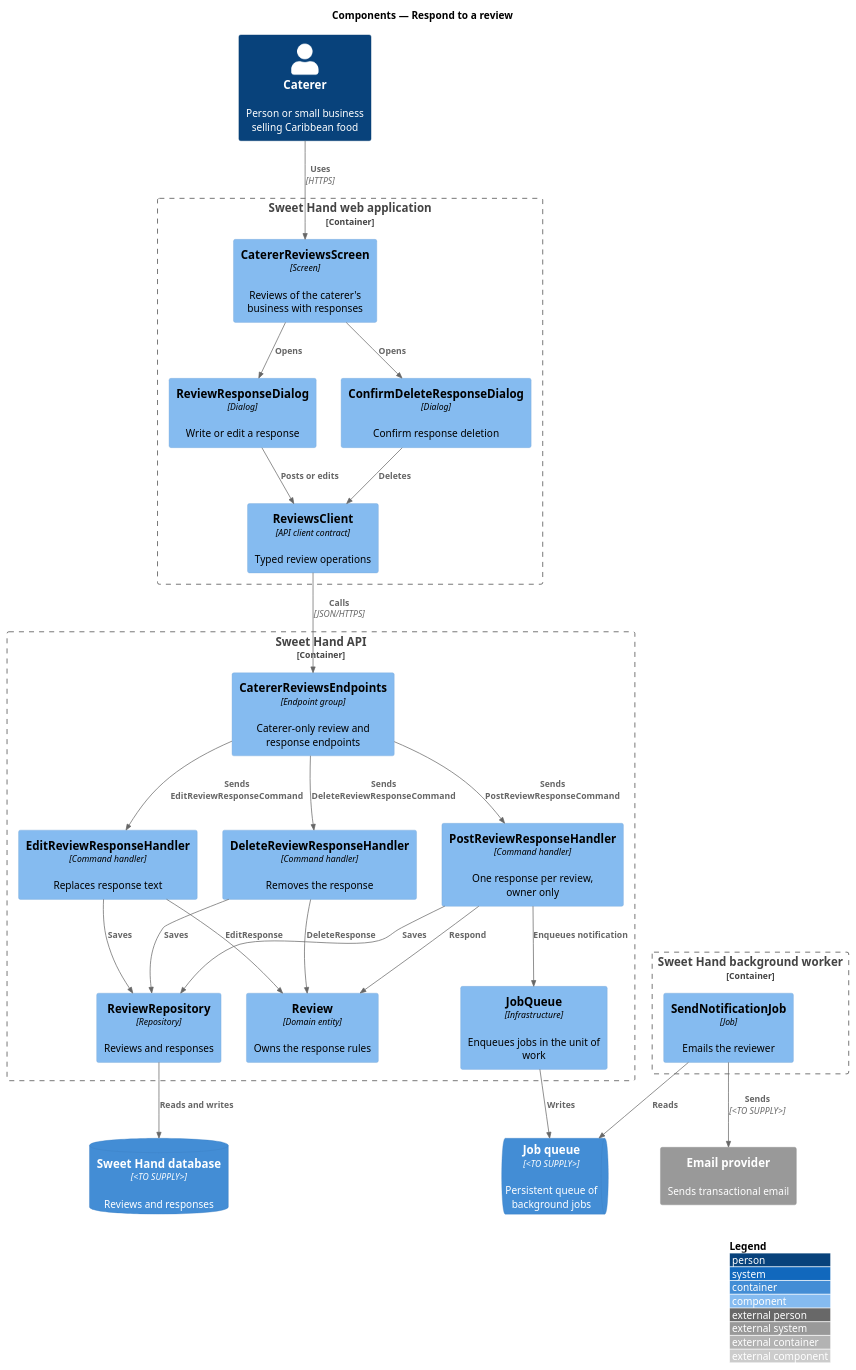
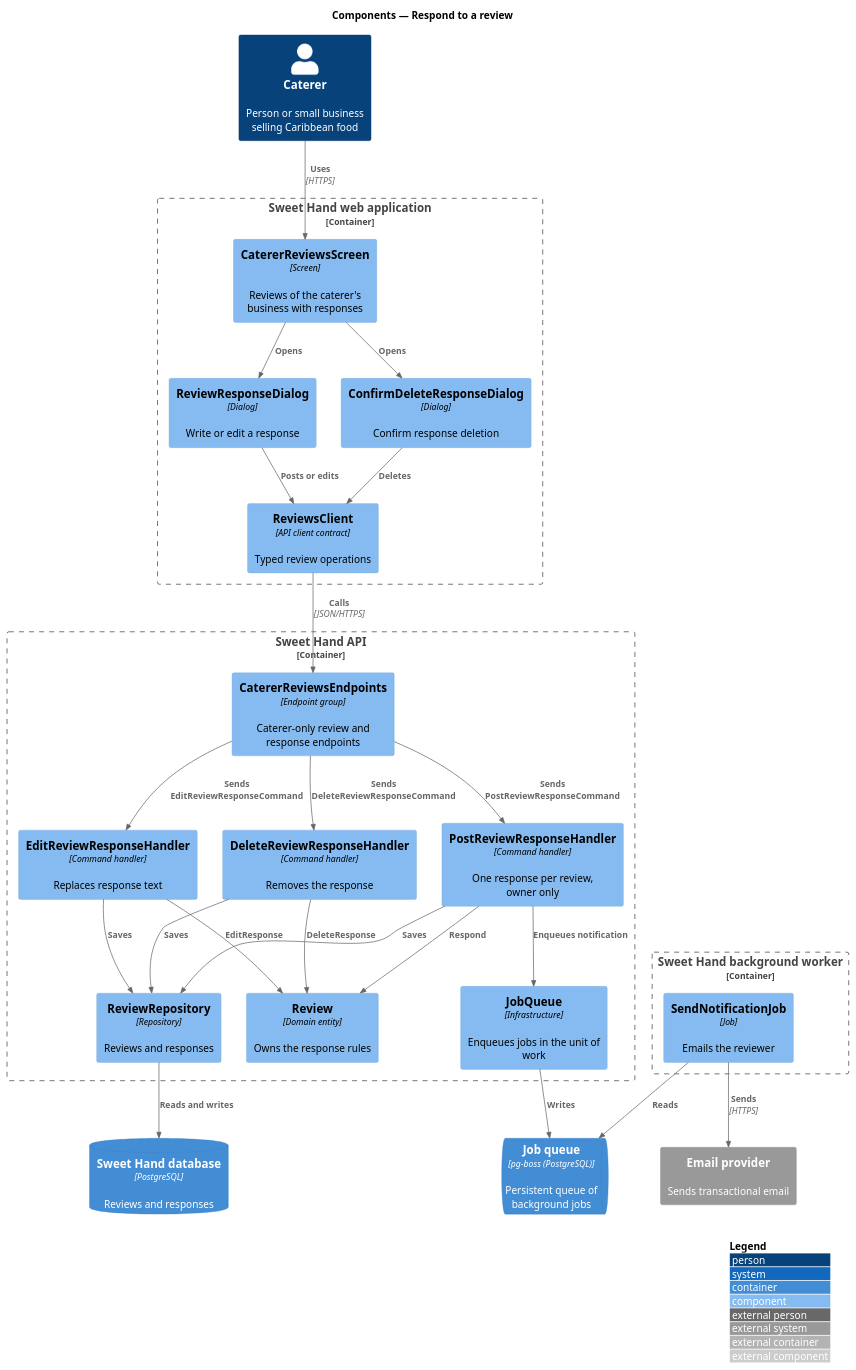
Before and after one commit to QuinntyneBrown/sweet-hand: the diagram in docs/detailed-designs/reviews/respond-to-review/diagrams/c4-component.puml, drawn with PlantUML. The commit also changed 21 other files, not shown here.

```diff
--- a/docs/detailed-designs/reviews/respond-to-review/diagrams/c4-component.puml
+++ b/docs/detailed-designs/reviews/respond-to-review/diagrams/c4-component.puml
@@ -1,51 +1,51 @@
 @startuml
 !include <C4/C4_Component>
 LAYOUT_WITH_LEGEND()
 title Components — Respond to a review
 
 Person(caterer, "Caterer", "Person or small business selling Caribbean food")
 
 Container_Boundary(web, "Sweet Hand web application") {
   Component(screen, "CatererReviewsScreen", "Screen", "Reviews of the caterer's business with responses")
   Component(dialog, "ReviewResponseDialog", "Dialog", "Write or edit a response")
   Component(confirm, "ConfirmDeleteResponseDialog", "Dialog", "Confirm response deletion")
   Component(client, "ReviewsClient", "API client contract", "Typed review operations")
 }
 
 Container_Boundary(api, "Sweet Hand API") {
   Component(endpoints, "CatererReviewsEndpoints", "Endpoint group", "Caterer-only review and response endpoints")
   Component(postH, "PostReviewResponseHandler", "Command handler", "One response per review, owner only")
   Component(editH, "EditReviewResponseHandler", "Command handler", "Replaces response text")
   Component(delH, "DeleteReviewResponseHandler", "Command handler", "Removes the response")
   Component(review, "Review", "Domain entity", "Owns the response rules")
   Component(revRepo, "ReviewRepository", "Repository", "Reviews and responses")
   Component(jobQueue, "JobQueue", "Infrastructure", "Enqueues jobs in the unit of work")
 }
-ContainerDb(db, "Sweet Hand database", "<TO SUPPLY>", "Reviews and responses")
-ContainerQueue(queue, "Job queue", "<TO SUPPLY>", "Persistent queue of background jobs")
+ContainerDb(db, "Sweet Hand database", "PostgreSQL", "Reviews and responses")
+ContainerQueue(queue, "Job queue", "pg-boss (PostgreSQL)", "Persistent queue of background jobs")
 Container_Boundary(worker, "Sweet Hand background worker") {
   Component(job, "SendNotificationJob", "Job", "Emails the reviewer")
 }
 System_Ext(email, "Email provider", "Sends transactional email")
 
 Rel(caterer, screen, "Uses", "HTTPS")
 Rel(screen, dialog, "Opens")
 Rel(screen, confirm, "Opens")
 Rel(dialog, client, "Posts or edits")
 Rel(confirm, client, "Deletes")
 Rel(client, endpoints, "Calls", "JSON/HTTPS")
 Rel(endpoints, postH, "Sends PostReviewResponseCommand")
 Rel(endpoints, editH, "Sends EditReviewResponseCommand")
 Rel(endpoints, delH, "Sends DeleteReviewResponseCommand")
 Rel(postH, review, "Respond")
 Rel(editH, review, "EditResponse")
 Rel(delH, review, "DeleteResponse")
 Rel(postH, revRepo, "Saves")
 Rel(editH, revRepo, "Saves")
 Rel(delH, revRepo, "Saves")
 Rel(postH, jobQueue, "Enqueues notification")
 Rel(revRepo, db, "Reads and writes")
 Rel(jobQueue, queue, "Writes")
 Rel(job, queue, "Reads")
-Rel(job, email, "Sends", "<TO SUPPLY>")
+Rel(job, email, "Sends", "HTTPS")
 @enduml
```
